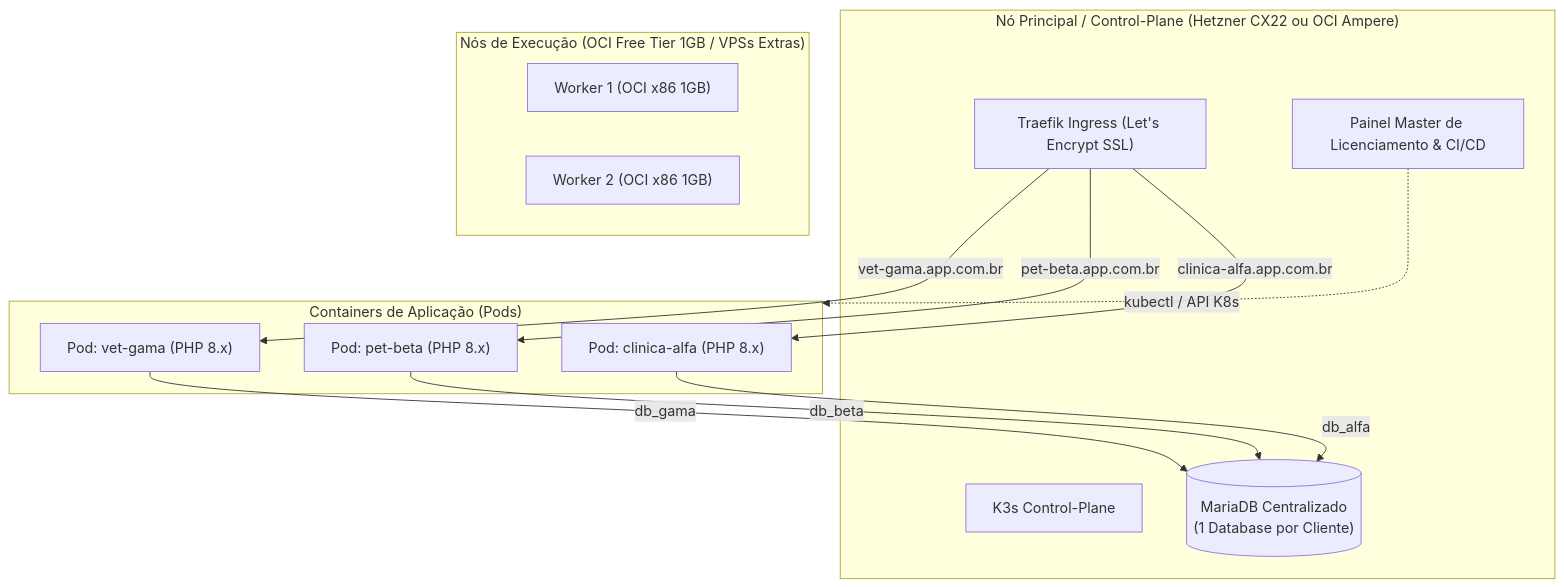
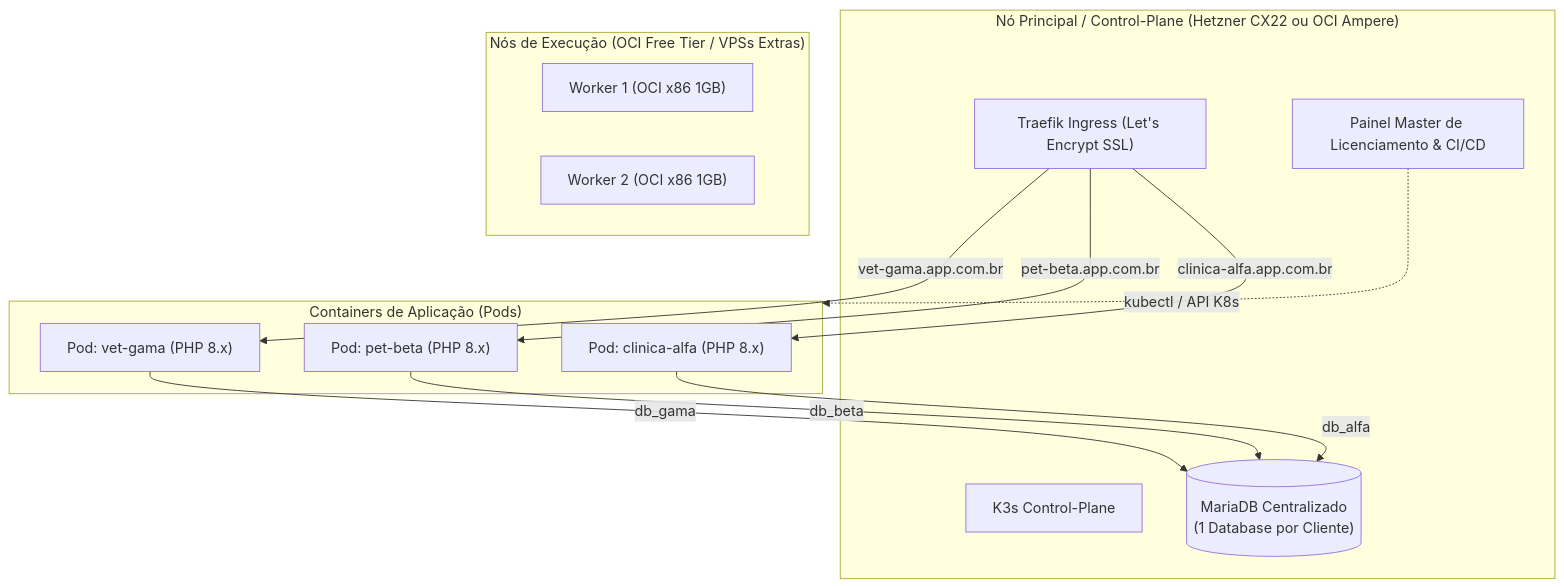
Before and after one commit to davinunes/dinovatech: the first of 2 diagrams in docs/planejamento-multi-tenant-container/README.md, drawn with Mermaid. The commit also changed other lines of this file, not shown here.

Commit message:
docs: add architecture and planning documentation for multi-tenant container SaaS

````diff
--- a/docs/planejamento-multi-tenant-container/README.md
+++ b/docs/planejamento-multi-tenant-container/README.md
@@ -32,30 +32,30 @@
 ```mermaid
 flowchart TD
     subgraph MasterNode["Nó Principal / Control-Plane (Hetzner CX22 ou OCI Ampere)"]
         K3sServer["K3s Control-Plane"]
         Traefik["Traefik Ingress (Let's Encrypt SSL)"]
         PainelMaster["Painel Master de Licenciamento & CI/CD"]
         MariaDBServer[("MariaDB Centralizado\n(1 Database por Cliente)")]
     end
 
-    subgraph WorkerNodes["Nós de Execução (OCI Free Tier 1GB / VPSs Extras)"]
+    subgraph WorkerNodes["Nós de Execução (OCI Free Tier / VPSs Extras)"]
         K3sAgent1["Worker 1 (OCI x86 1GB)"]
         K3sAgent2["Worker 2 (OCI x86 1GB)"]
     end
 
     subgraph ClientInstances["Containers de Aplicação (Pods)"]
         Pod1["Pod: clinica-alfa (PHP 8.x)"]
         Pod2["Pod: pet-beta (PHP 8.x)"]
         Pod3["Pod: vet-gama (PHP 8.x)"]
     end
 
     Traefik -->|clinica-alfa.app.com.br| Pod1
     Traefik -->|pet-beta.app.com.br| Pod2
     Traefik -->|vet-gama.app.com.br| Pod3
 
     Pod1 -->|db_alfa| MariaDBServer
     Pod2 -->|db_beta| MariaDBServer
     Pod3 -->|db_gama| MariaDBServer
 
     PainelMaster -.->|kubectl / API K8s| ClientInstances
 ```
````
